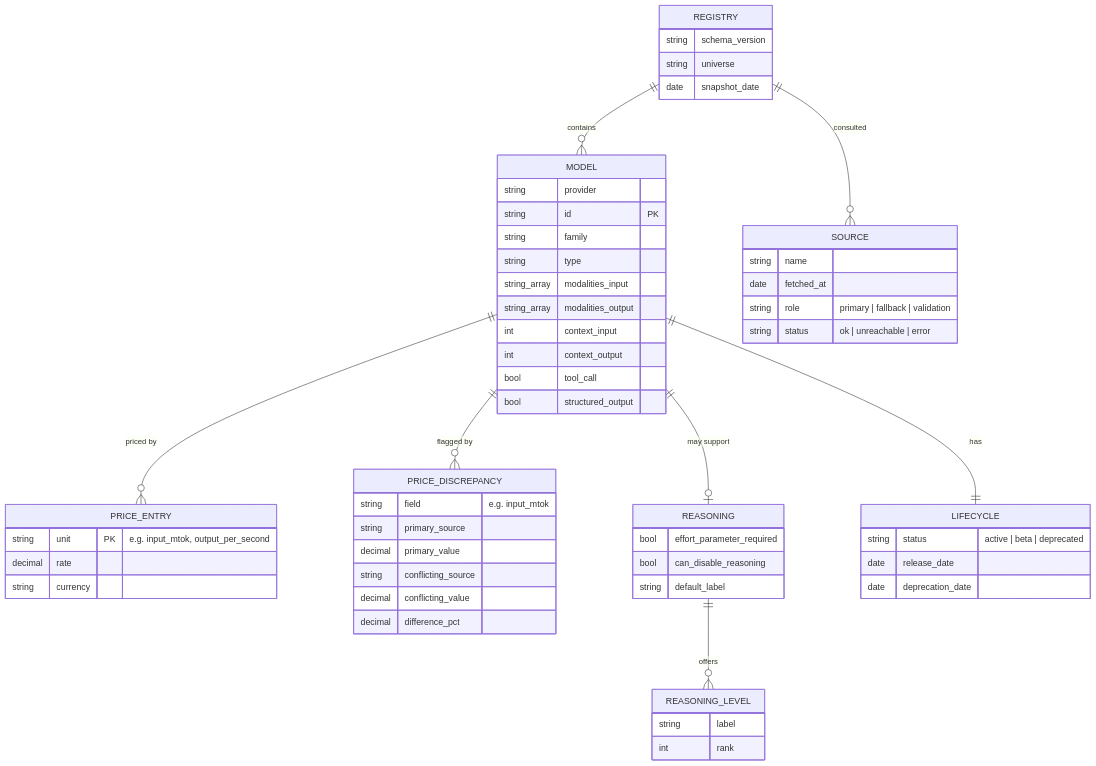
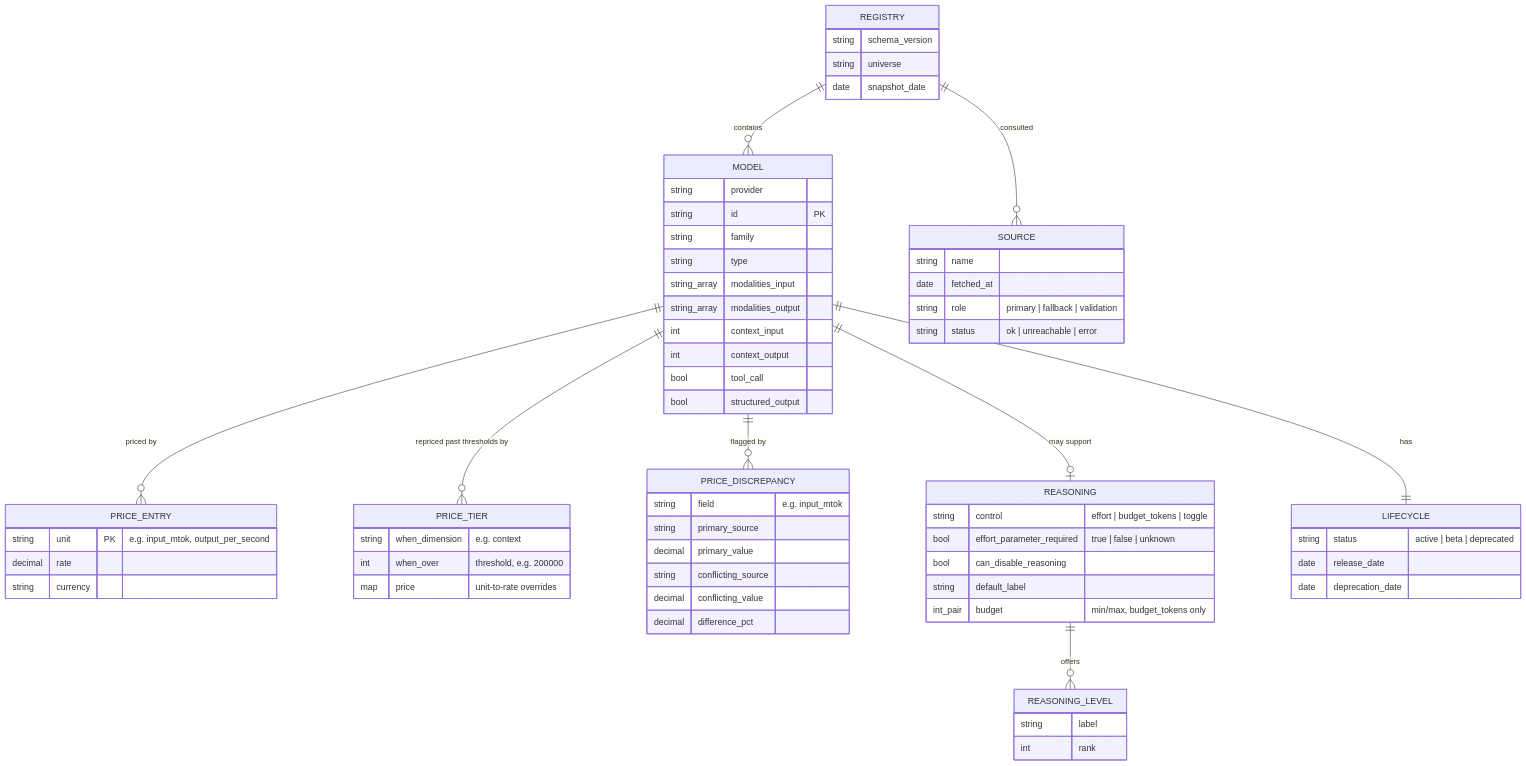
One commit to shehuphd/rates changed the diagram in ERD.md. Above: the diagram before and after it, drawn with Mermaid. The commit also changed other lines of this file and 23 other files, not shown here.

````diff
--- a/ERD.md
+++ b/ERD.md
@@ -9,61 +9,69 @@
 ```mermaid
 erDiagram
     REGISTRY ||--o{ MODEL : contains
     REGISTRY ||--o{ SOURCE : consulted
     MODEL ||--o{ PRICE_ENTRY : "priced by"
+    MODEL ||--o{ PRICE_TIER : "repriced past thresholds by"
     MODEL ||--o{ PRICE_DISCREPANCY : "flagged by"
     MODEL ||--o| REASONING : "may support"
     REASONING ||--o{ REASONING_LEVEL : offers
     MODEL ||--|| LIFECYCLE : has
 
     REGISTRY {
         string schema_version
         string universe
         date snapshot_date
     }
     SOURCE {
         string name
         date fetched_at
         string role "primary | fallback | validation"
         string status "ok | unreachable | error"
     }
     MODEL {
         string provider
         string id PK
         string family
         string type
         string_array modalities_input
         string_array modalities_output
         int context_input
         int context_output
         bool tool_call
         bool structured_output
     }
     PRICE_ENTRY {
         string unit PK "e.g. input_mtok, output_per_second"
         decimal rate
         string currency
     }
     PRICE_DISCREPANCY {
         string field "e.g. input_mtok"
         string primary_source
         decimal primary_value
         string conflicting_source
         decimal conflicting_value
         decimal difference_pct
     }
+    PRICE_TIER {
+        string when_dimension "e.g. context"
+        int when_over "threshold, e.g. 200000"
+        map price "unit-to-rate overrides"
+    }
     REASONING {
-        bool effort_parameter_required
+        string control "effort | budget_tokens | toggle"
+        bool effort_parameter_required "true | false | unknown"
         bool can_disable_reasoning
         string default_label
+        int_pair budget "min/max, budget_tokens only"
     }
     REASONING_LEVEL {
         string label
         int rank
     }
     LIFECYCLE {
         string status "active | beta | deprecated"
         date release_date
         date deprecation_date
     }
 ```
````
